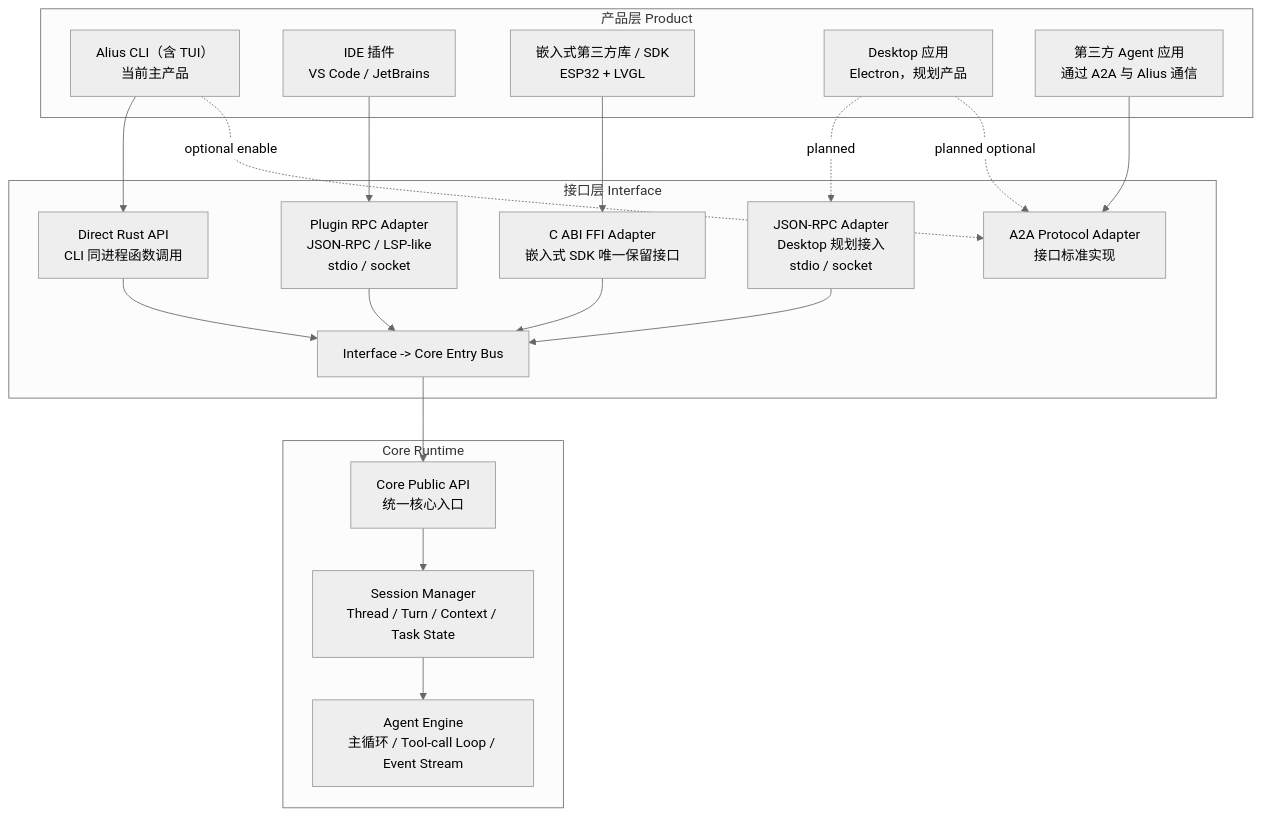
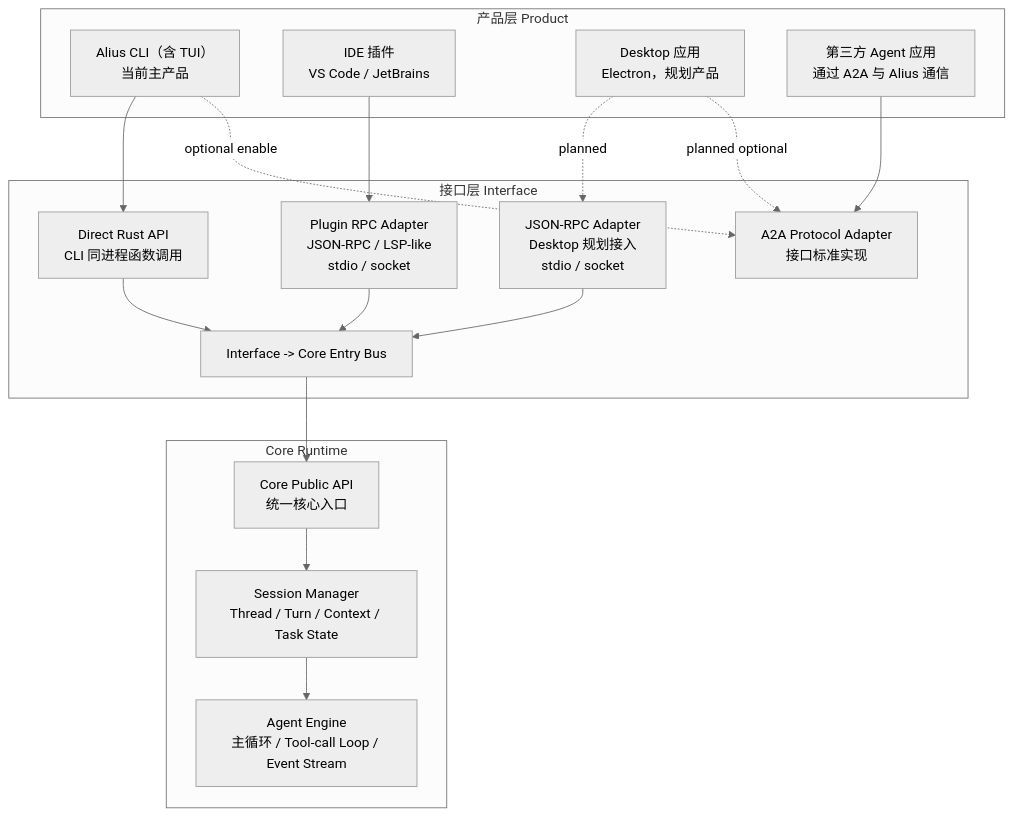
The first of 9 diagrams in .alius/memory/design/09-architecture-v10-implementation-reference.md (AliusTech/alius), drawn with Mermaid (neutral theme) before and after one commit. The commit also changed other lines of this file and 44 other files, not shown here.

````diff
--- a/.alius/memory/design/09-architecture-v10-implementation-reference.md
+++ b/.alius/memory/design/09-architecture-v10-implementation-reference.md
@@ -31,41 +31,37 @@
 ```mermaid
 flowchart TB
   subgraph Product["产品层 Product"]
     CLI["Alius CLI（含 TUI）\n当前主产品"]
     IDE["IDE 插件\nVS Code / JetBrains"]
-    EMB["嵌入式第三方库 / SDK\nESP32 + LVGL"]
     DESK["Desktop 应用\nElectron，规划产品"]
     THIRD["第三方 Agent 应用\n通过 A2A 与 Alius 通信"]
   end
 
   subgraph Interface["接口层 Interface"]
     RUST["Direct Rust API\nCLI 同进程函数调用"]
     PLUGIN_RPC["Plugin RPC Adapter\nJSON-RPC / LSP-like\nstdio / socket"]
-    FFI["C ABI FFI Adapter\n嵌入式 SDK 唯一保留接口"]
     JSONRPC["JSON-RPC Adapter\nDesktop 规划接入\nstdio / socket"]
     A2A_PROTO["A2A Protocol Adapter\n接口标准实现"]
     BUS["Interface -> Core Entry Bus"]
   end
 
   subgraph Core["Core Runtime"]
     CORE_API["Core Public API\n统一核心入口"]
     SESSION["Session Manager\nThread / Turn / Context / Task State"]
     ENGINE["Agent Engine\n主循环 / Tool-call Loop / Event Stream"]
   end
 
   CLI --> RUST
   IDE --> PLUGIN_RPC
-  EMB --> FFI
   DESK -. planned .-> JSONRPC
   THIRD --> A2A_PROTO
   CLI -. optional enable .-> A2A_PROTO
   DESK -. planned optional .-> A2A_PROTO
 
   RUST --> BUS
   PLUGIN_RPC --> BUS
-  FFI --> BUS
   JSONRPC --> BUS
   BUS --> CORE_API
   CORE_API --> SESSION
   SESSION --> ENGINE
 ```
````
